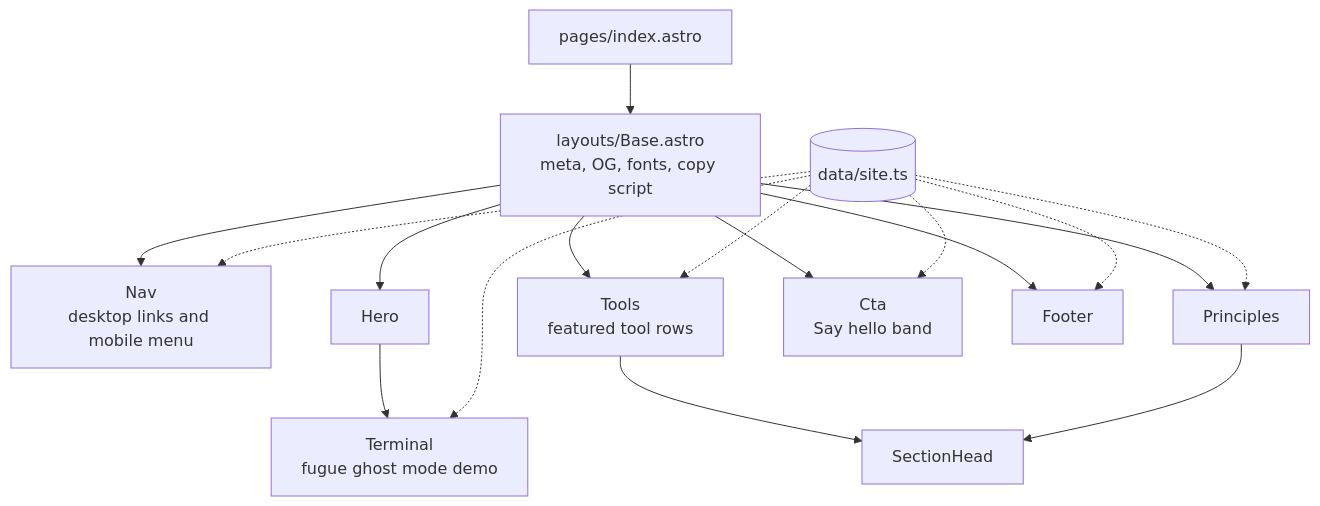
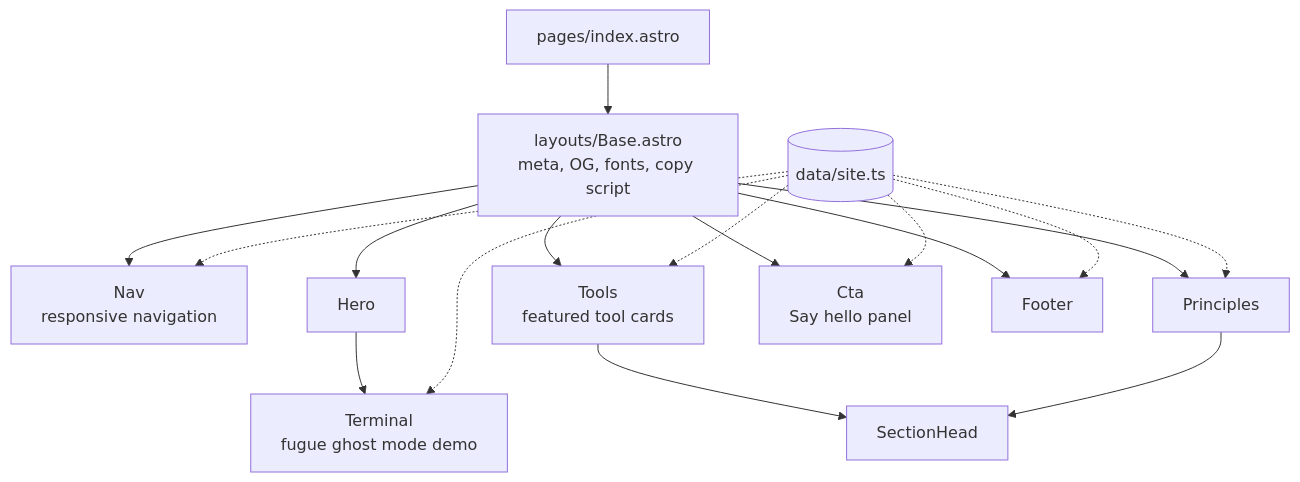
Before and after one commit to smeltery/website: the first of 2 diagrams in docs/architecture/overview.md, drawn with Mermaid. The commit also changed other lines of this file and 18 other files, not shown here.

````diff
--- a/docs/architecture/overview.md
+++ b/docs/architecture/overview.md
@@ -12,14 +12,14 @@
 ```mermaid
 flowchart TD
   index[pages/index.astro] --> Base[layouts/Base.astro<br/>meta, OG, fonts, copy script]
-  Base --> Nav[Nav<br/>desktop links and mobile menu]
+  Base --> Nav[Nav<br/>responsive navigation]
   Base --> Hero
   Hero --> Terminal[Terminal<br/>fugue ghost mode demo]
-  Base --> Tools[Tools<br/>featured tool rows]
+  Base --> Tools[Tools<br/>featured tool cards]
   Base --> Principles
   Tools --> SectionHead
   Principles --> SectionHead
-  Base --> Cta[Cta<br/>Say hello band]
+  Base --> Cta[Cta<br/>Say hello panel]
   Base --> Footer
   data[(data/site.ts)] -.-> Nav & Terminal & Tools & Principles & Cta & Footer
 ```
````
